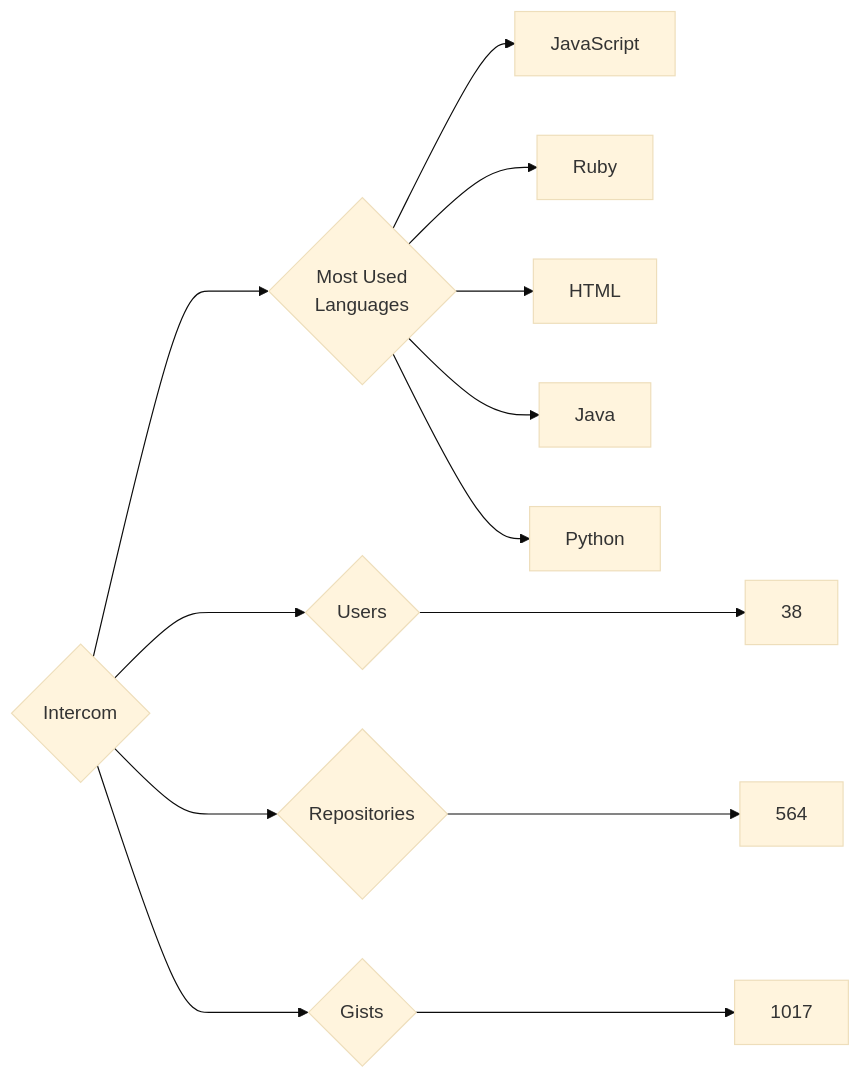
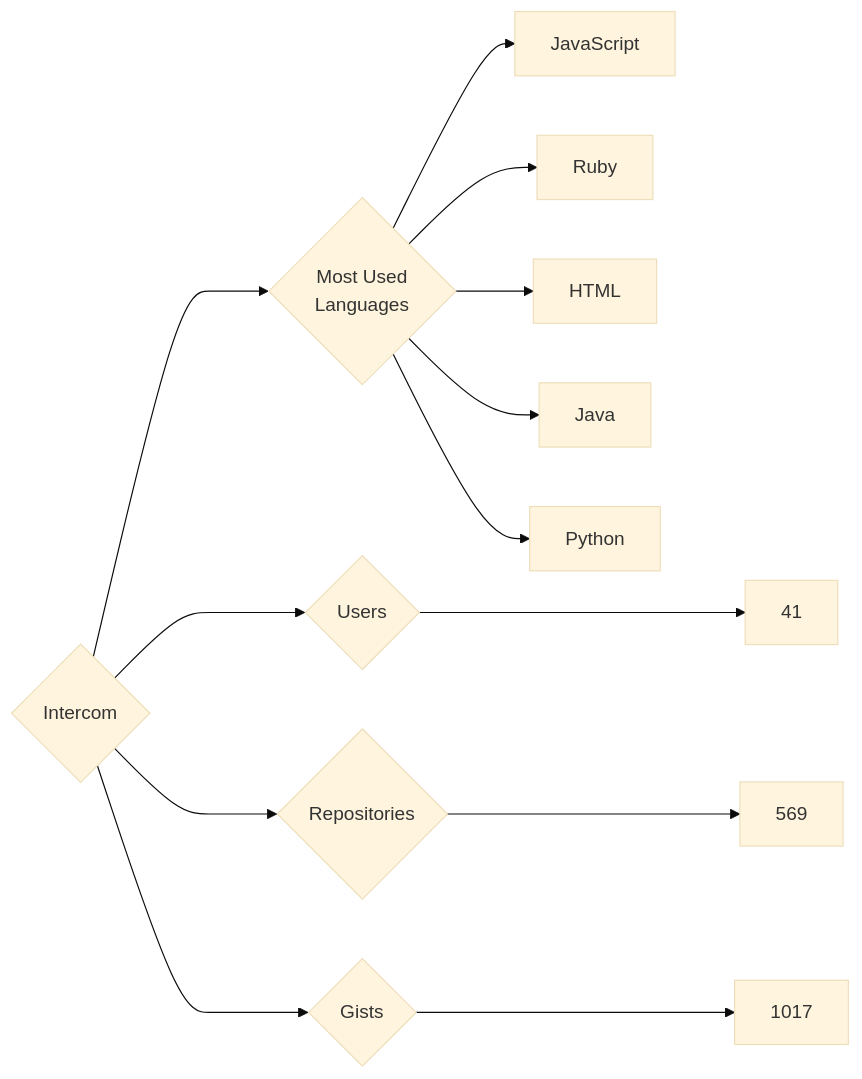
One commit to trickest/insiders changed the diagram in targets/Intercom/README.md. Above: the diagram before and after it, drawn with Mermaid (base theme). The commit also changed 636 other files, not shown here.

````diff
--- a/targets/Intercom/README.md
+++ b/targets/Intercom/README.md
@@ -3,13 +3,13 @@
 ```mermaid
 graph LR
 COMPANY_NAME{Intercom}
-COMPANY_NAME ---> U{Users} ---> UN[38]
-COMPANY_NAME ---> R{Repositories} ---> RN[564]
+COMPANY_NAME ---> U{Users} ---> UN[41]
+COMPANY_NAME ---> R{Repositories} ---> RN[569]
 COMPANY_NAME ---> G{Gists} ---> GN[1017]
 COMPANY_NAME ---> ML{Most Used<br>Languages}
 ML --> JavaScript[JavaScript]
 ML --> Ruby[Ruby]
 ML --> HTML[HTML]
 ML --> Java[Java]
 ML --> Python[Python]
 ```
````
